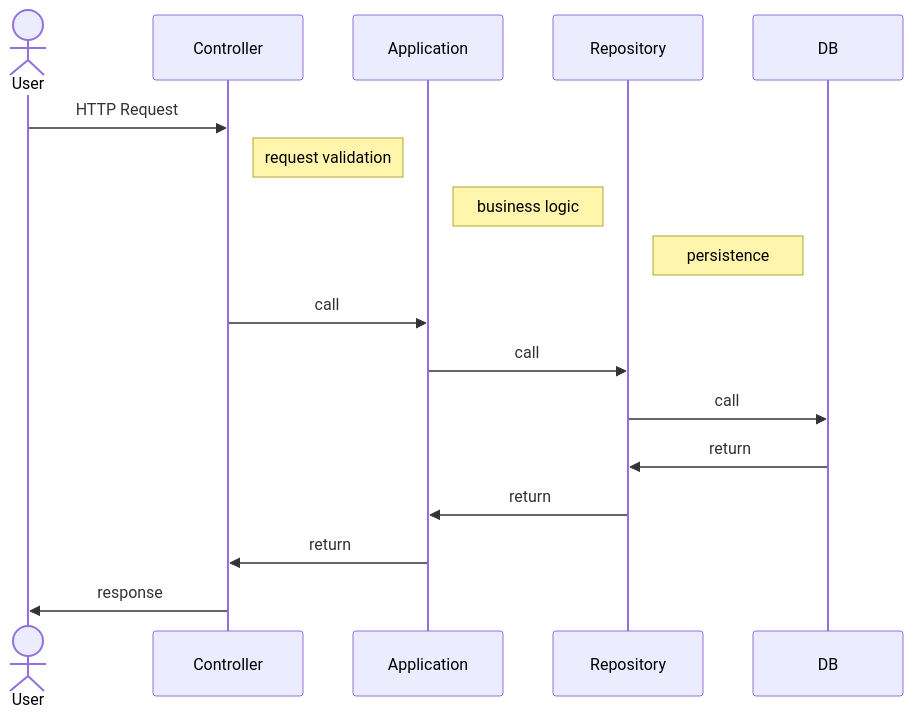
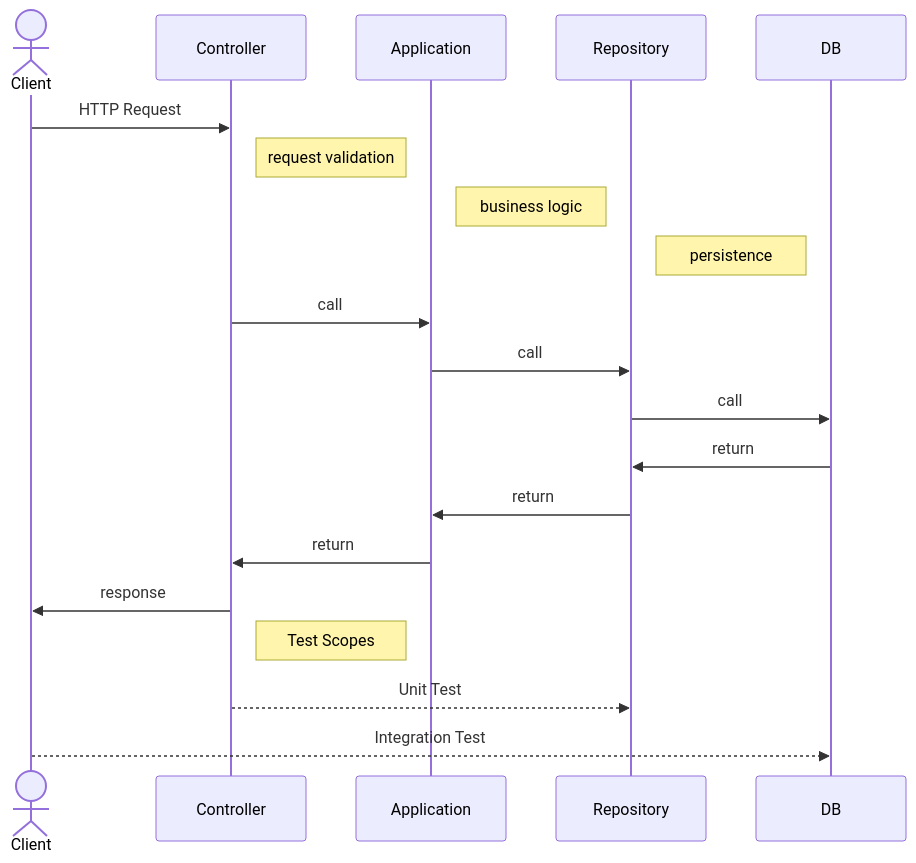
One commit to mstefa/metrics-api changed the diagram in docs/architecture/architecture.md. Above: the diagram before and after it, drawn with Mermaid. The commit also changed other lines of this file and 3 other files, not shown here.

````diff
--- a/docs/architecture/architecture.md
+++ b/docs/architecture/architecture.md
@@ -3,19 +3,25 @@
 ```mermaid
 sequenceDiagram
-   actor U as User
-   participant C as Controller
-   participant S as Application
-   participant R as Repository
-   participant DB
-   U->>C: HTTP Request
-       Note right of C: request validation
-       Note right of S: business logic
-       Note right of R: persistence
-   C->>S: call
-   S->>R: call
-   R->>DB: call
-   DB->>R: return
-   R->>S: return
-   S->>C: return
-   C->>U: response
+    actor U as Client
+    participant C as Controller
+    participant S as Application
+    participant R as Repository
+    participant DB
+    U->>C: HTTP Request
+        Note right of C: request validation
+        Note right of S: business logic
+        Note right of R: persistence
+    C->>S: call
+    S->>R: call
+    R->>DB: call
+    DB->>R: return
+    R->>S: return
+    S->>C: return
+    C->>U: response
+    Note right of C: Test Scopes
+
+    C-->>R: Unit Test
+    U-->>DB: Integration Test
+
+
 ```
````
